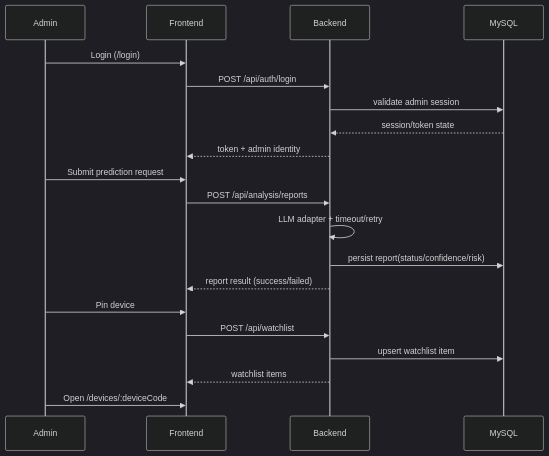
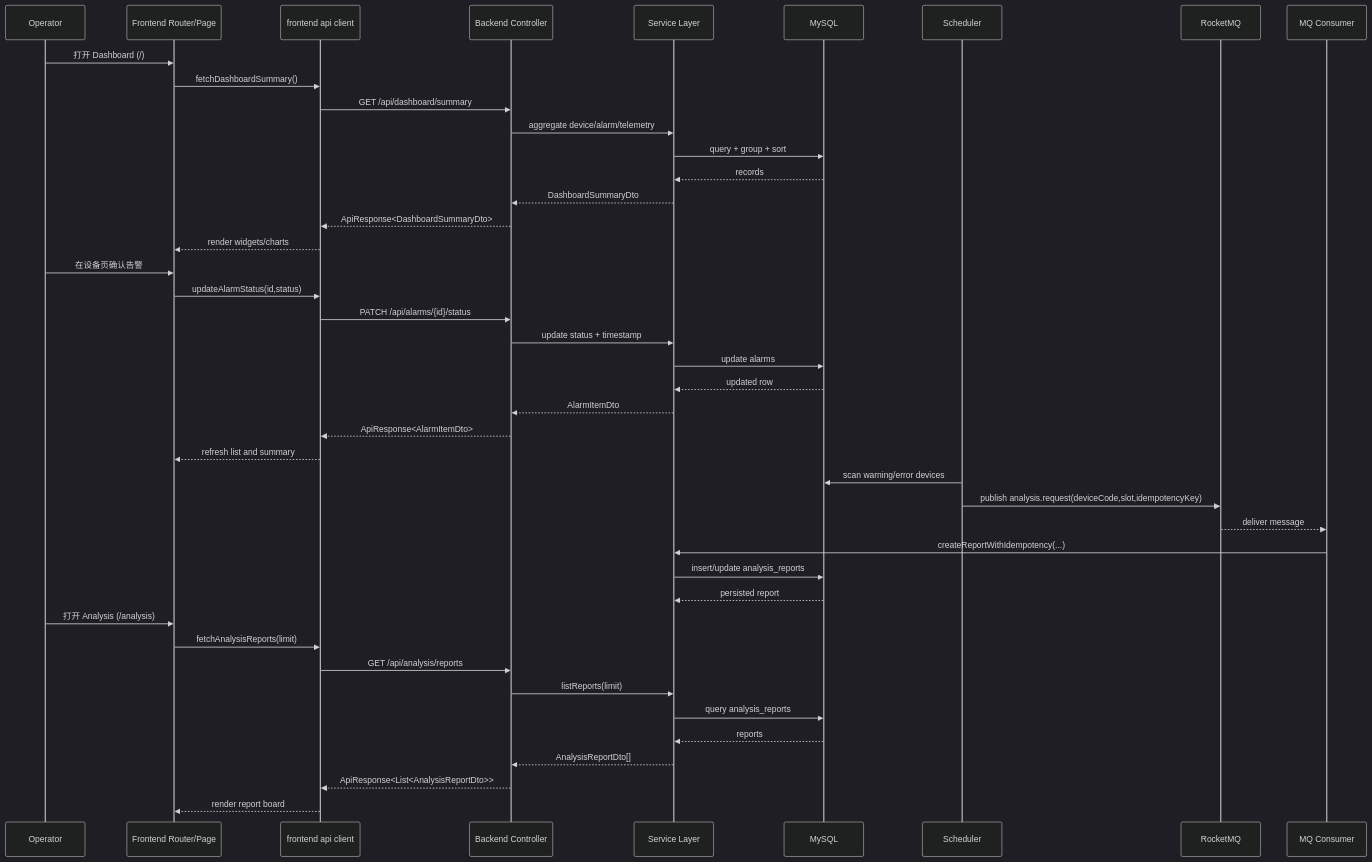
Before and after one commit to zzulfy/TwinOps: the second of 2 diagrams in README.md, drawn with Mermaid (dark theme). The commit also changed other lines of this file and 103 other files, not shown here.

````diff
--- a/README.md
+++ b/README.md
@@ -70,25 +65,49 @@
 ```mermaid
 sequenceDiagram
-    participant Admin
-    participant FE as Frontend
-    participant BE as Backend
+    participant User as Operator
+    participant FE as Frontend Router/Page
+    participant API as frontend api client
+    participant C as Backend Controller
+    participant S as Service Layer
     participant DB as MySQL
+    participant SCH as Scheduler
+    participant MQ as RocketMQ
+    participant CON as MQ Consumer
 
-    Admin->>FE: Login (/login)
-    FE->>BE: POST /api/auth/login
-    BE->>DB: validate admin session
-    DB-->>BE: session/token state
-    BE-->>FE: token + admin identity
+    User->>FE: 打开 Dashboard (/)
+    FE->>API: fetchDashboardSummary()
+    API->>C: GET /api/dashboard/summary
+    C->>S: aggregate device/alarm/telemetry
+    S->>DB: query + group + sort
+    DB-->>S: records
+    S-->>C: DashboardSummaryDto
+    C-->>API: ApiResponse<DashboardSummaryDto>
+    API-->>FE: render widgets/charts
 
-    Admin->>FE: Submit prediction request
-    FE->>BE: POST /api/analysis/reports
-    BE->>BE: LLM adapter + timeout/retry
-    BE->>DB: persist report(status/confidence/risk)
-    BE-->>FE: report result (success/failed)
+    User->>FE: 在设备页确认告警
+    FE->>API: updateAlarmStatus(id,status)
+    API->>C: PATCH /api/alarms/{id}/status
+    C->>S: update status + timestamp
+    S->>DB: update alarms
+    DB-->>S: updated row
+    S-->>C: AlarmItemDto
+    C-->>API: ApiResponse<AlarmItemDto>
+    API-->>FE: refresh list and summary
 
-    Admin->>FE: Pin device
-    FE->>BE: POST /api/watchlist
-    BE->>DB: upsert watchlist item
-    BE-->>FE: watchlist items
-    Admin->>FE: Open /devices/:deviceCode
+    SCH->>DB: scan warning/error devices
+    SCH->>MQ: publish analysis.request(deviceCode,slot,idempotencyKey)
+    MQ-->>CON: deliver message
+    CON->>S: createReportWithIdempotency(...)
+    S->>DB: insert/update analysis_reports
+    DB-->>S: persisted report
+
+    User->>FE: 打开 Analysis (/analysis)
+    FE->>API: fetchAnalysisReports(limit)
+    API->>C: GET /api/analysis/reports
+    C->>S: listReports(limit)
+    S->>DB: query analysis_reports
+    DB-->>S: reports
+    S-->>C: AnalysisReportDto[]
+    C-->>API: ApiResponse<List<AnalysisReportDto>>
+    API-->>FE: render report board
 ```
````
